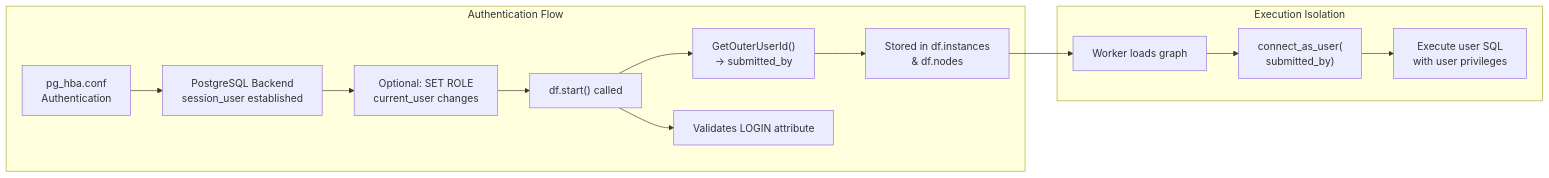
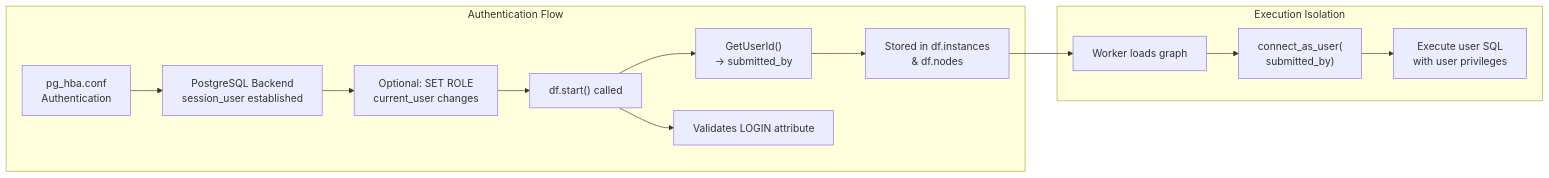
One commit to microsoft/pg_durable changed the third of 4 diagrams in docs/security-review/ThreatModelDFD.md. Above: the diagram before and after it, drawn with Mermaid. The commit also changed other lines of this file and 5 other files, not shown here.

````diff
--- a/docs/security-review/ThreatModelDFD.md
+++ b/docs/security-review/ThreatModelDFD.md
@@ -411,17 +411,17 @@
 ```mermaid
 graph LR
     subgraph TB-AUTH["Authentication Flow"]
         A["pg_hba.conf<br/>Authentication"] --> B["PostgreSQL Backend<br/>session_user established"]
         B --> C["Optional: SET ROLE<br/>current_user changes"]
         C --> D["df.start() called"]
-        D --> F["GetOuterUserId()<br/>→ submitted_by"]
+        D --> F["GetUserId()<br/>→ submitted_by"]
         D --> V["Validates LOGIN attribute"]
         F --> G["Stored in df.instances<br/>& df.nodes"]
     end
 
     subgraph TB-EXEC["Execution Isolation"]
         G --> H["Worker loads graph"]
         H --> I["connect_as_user(<br/>submitted_by)"]
         I --> K["Execute user SQL<br/>with user privileges"]
     end
 ```
````
